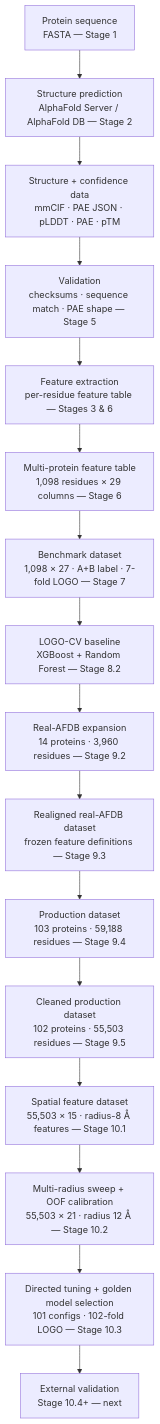
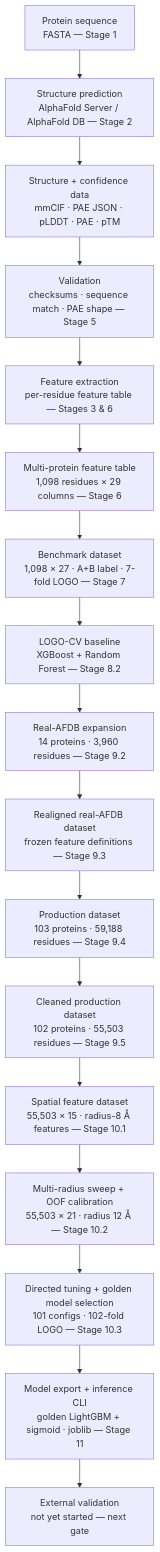
The diagram in README.md (kelvinchandradjayapranata-hue/ai-biotech), drawn with Mermaid before and after one commit. The commit also changed other lines of this file and 6 other files, not shown here.

First line of the commit message:
feat: add Stage 11 production artifact and inference CLI

````diff
--- a/README.md
+++ b/README.md
@@ -270,18 +301,19 @@
 ```mermaid
 flowchart TD
     A["Protein sequence<br/>FASTA — Stage 1"] --> B["Structure prediction<br/>AlphaFold Server / AlphaFold DB — Stage 2"]
     B --> C["Structure + confidence data<br/>mmCIF · PAE JSON · pLDDT · PAE · pTM"]
     C --> D["Validation<br/>checksums · sequence match · PAE shape — Stage 5"]
     D --> E["Feature extraction<br/>per-residue feature table — Stages 3 & 6"]
     E --> F["Multi-protein feature table<br/>1,098 residues × 29 columns — Stage 6"]
     F --> G["Benchmark dataset<br/>1,098 × 27 · A+B label · 7-fold LOGO — Stage 7"]
     G --> H["LOGO-CV baseline<br/>XGBoost + Random Forest — Stage 8.2"]
     H --> I["Real-AFDB expansion<br/>14 proteins · 3,960 residues — Stage 9.2"]
     I --> J["Realigned real-AFDB dataset<br/>frozen feature definitions — Stage 9.3"]
     J --> K["Production dataset<br/>103 proteins · 59,188 residues — Stage 9.4"]
     K --> K2["Cleaned production dataset<br/>102 proteins · 55,503 residues — Stage 9.5"]
     K2 --> K3["Spatial feature dataset<br/>55,503 × 15 · radius-8 Å features — Stage 10.1"]
     K3 --> K4["Multi-radius sweep + OOF calibration<br/>55,503 × 21 · radius 12 Å — Stage 10.2"]
     K4 --> K5["Directed tuning + golden model selection<br/>101 configs · 102-fold LOGO — Stage 10.3"]
-    K5 --> L["External validation<br/>Stage 10.4+ — next"]
+    K5 --> L["Model export + inference CLI<br/>golden LightGBM + sigmoid · joblib — Stage 11"]
+    L --> M["External validation<br/>not yet started — next gate"]
 ```
````
